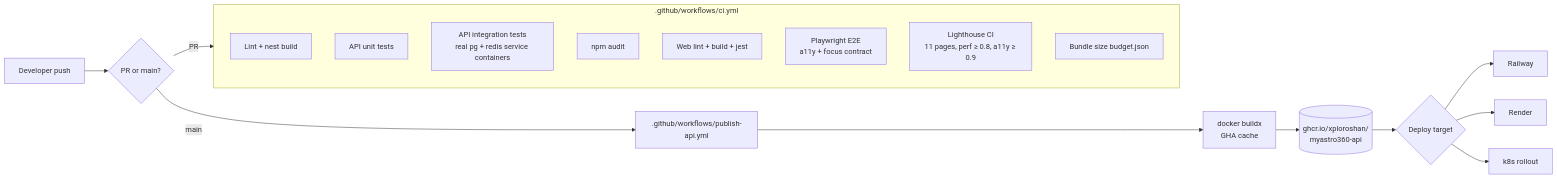
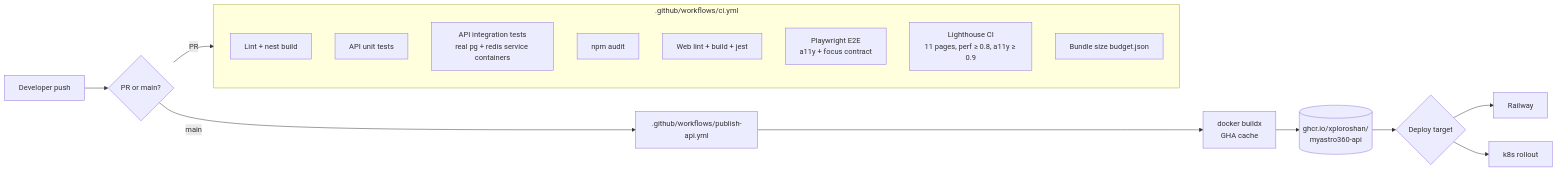
Diagram 16 of 17 in docs/ARCHITECTURE.md (xploroshan/jyotryx), drawn with Mermaid before and after one commit. The commit also changed other lines of this file and 2 other files, not shown here.

````diff
--- a/docs/ARCHITECTURE.md
+++ b/docs/ARCHITECTURE.md
@@ -597,24 +597,23 @@
 ```mermaid
 flowchart LR
     Dev[Developer push] --> PR{PR or main?}
     PR -- PR --> CI
 
     subgraph CI[".github/workflows/ci.yml"]
         Lint[Lint + nest build]
         UT[API unit tests]
         IT[API integration tests<br/>real pg + redis service containers]
         Sec[npm audit]
         WB[Web lint + build + jest]
         E2E[Playwright E2E<br/>a11y + focus contract]
         LH[Lighthouse CI<br/>11 pages, perf ≥ 0.8, a11y ≥ 0.9]
         BS[Bundle size budget.json]
     end
 
     PR -- main --> Pub[".github/workflows/publish-api.yml"]
     Pub --> Build[docker buildx<br/>GHA cache]
     Build --> GHCR[(ghcr.io/xploroshan/<br/>myastro360-api)]
     GHCR --> Deploy{Deploy target}
     Deploy --> Railway
-    Deploy --> Render
     Deploy --> K8s[k8s rollout]
 ```
````
